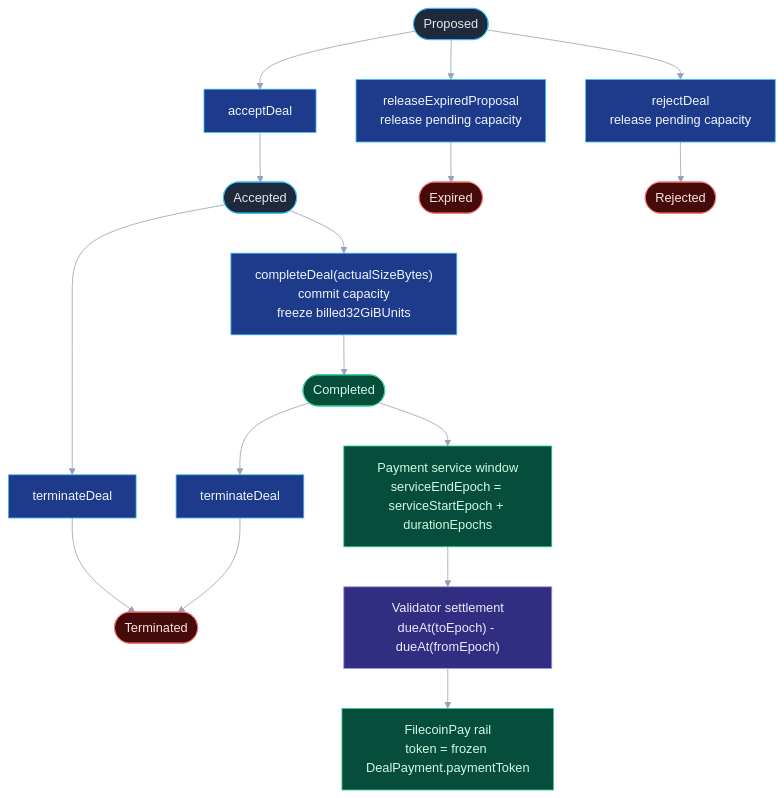
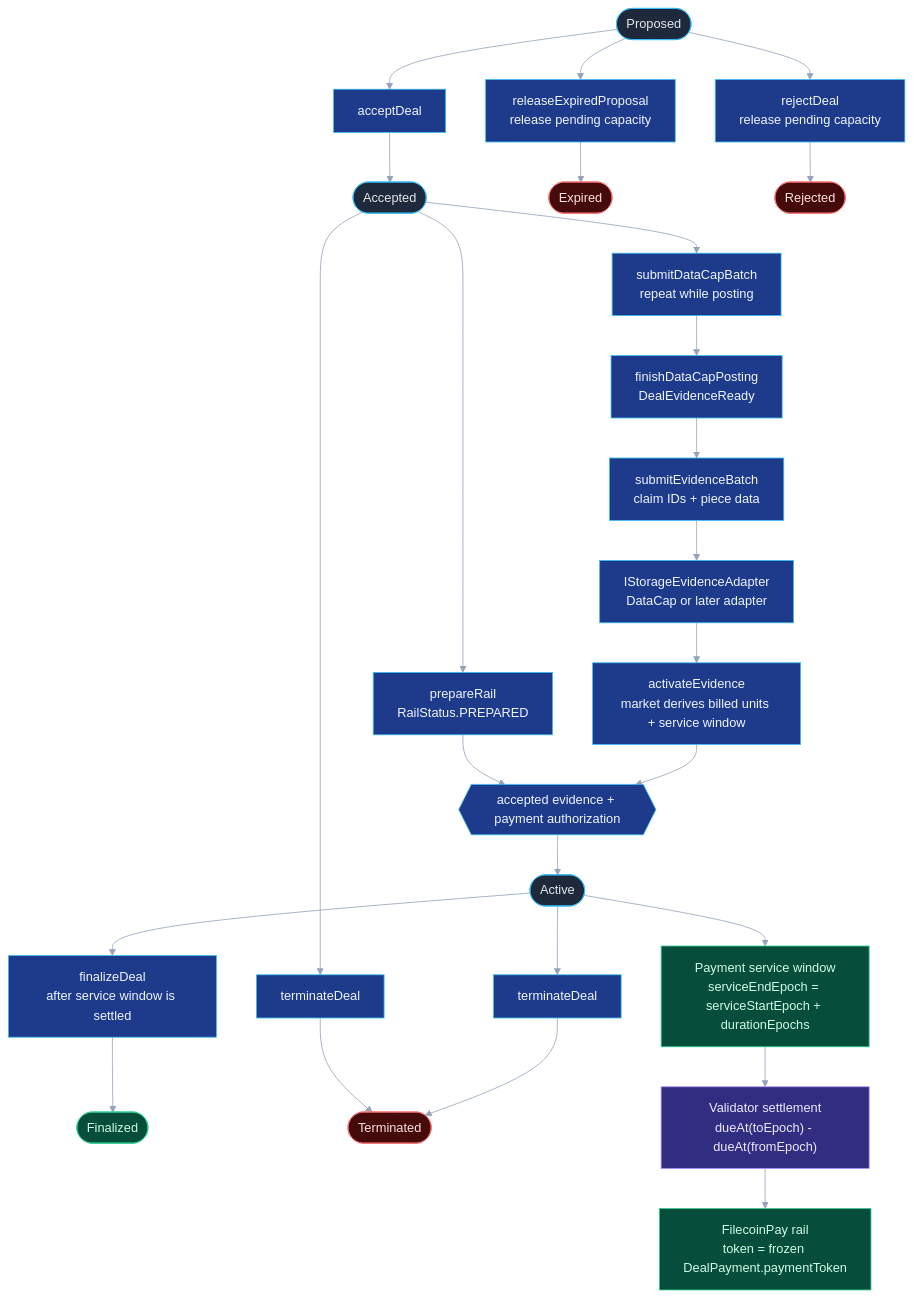
The second of 2 diagrams in docs/specs/porep-v2-architecture-diagrams.md (fidlabs/porep-market), drawn with Mermaid before and after one commit. The commit also changed other lines of this file and 11 other files, not shown here.

````diff
--- a/docs/specs/porep-v2-architecture-diagrams.md
+++ b/docs/specs/porep-v2-architecture-diagrams.md
@@ -46,40 +52,53 @@
 ```mermaid
 %%{init: {"theme": "base", "themeVariables": {"background": "#0f172a", "mainBkg": "#1e293b", "primaryColor": "#1e293b", "primaryTextColor": "#e5e7eb", "primaryBorderColor": "#38bdf8", "lineColor": "#94a3b8", "secondaryColor": "#064e3b", "secondaryTextColor": "#d1fae5", "secondaryBorderColor": "#34d399", "tertiaryColor": "#422006", "tertiaryTextColor": "#ffedd5", "tertiaryBorderColor": "#f59e0b", "clusterBkg": "#111827", "clusterBorder": "#475569", "edgeLabelBackground": "#0f172a", "fontFamily": "ui-monospace, SFMono-Regular, Menlo, Monaco, Consolas, monospace"}}}%%
 flowchart TB
     proposed(["Proposed"])
     acceptAction["acceptDeal"]
     accepted(["Accepted"])
-    completeAction["completeDeal(actualSizeBytes)<br/>commit capacity<br/>freeze billed32GiBUnits"]
-    completed(["Completed"])
+    railPrep["prepareRail<br/>RailStatus.PREPARED"]
+    datacapBatch["submitDataCapBatch<br/>repeat while posting"]
+    datacapReady["finishDataCapPosting<br/>DealEvidenceReady"]
+    evidenceBatch["submitEvidenceBatch<br/>claim IDs + piece data"]
+    adapter["IStorageEvidenceAdapter<br/>DataCap or later adapter"]
+    evidenceAction["activateEvidence<br/>market derives billed units + service window"]
+    activationGate{{"accepted evidence + payment authorization"}}
+    active(["Active"])
+    finalizeAction["finalizeDeal<br/>after service window is settled"]
+    finalized(["Finalized"])
     expireAction["releaseExpiredProposal<br/>release pending capacity"]
     expired(["Expired"])
     rejectAction["rejectDeal<br/>release pending capacity"]
     rejected(["Rejected"])
     terminateFromAccepted["terminateDeal"]
-    terminateFromCompleted["terminateDeal"]
+    terminateFromActive["terminateDeal"]
     terminated(["Terminated"])
 
     proposed --> acceptAction --> accepted
     proposed --> expireAction --> expired
     proposed --> rejectAction --> rejected
 
-    accepted --> completeAction --> completed
+    accepted --> railPrep
+    accepted --> datacapBatch --> datacapReady --> evidenceBatch --> adapter --> evidenceAction
+    railPrep --> activationGate
+    evidenceAction --> activationGate
+    activationGate --> active
     accepted --> terminateFromAccepted --> terminated
-    completed --> terminateFromCompleted --> terminated
+    active --> terminateFromActive --> terminated
+    active --> finalizeAction --> finalized
 
-    completed --> service["Payment service window<br/>serviceEndEpoch = serviceStartEpoch + durationEpochs"]
+    active --> service["Payment service window<br/>serviceEndEpoch = serviceStartEpoch + durationEpochs"]
     service --> validator["Validator settlement<br/>dueAt(toEpoch) - dueAt(fromEpoch)"]
     validator --> filecoinPay["FilecoinPay rail<br/>token = frozen DealPayment.paymentToken"]
 
     classDef state fill:#1e293b,stroke:#38bdf8,color:#e5e7eb
     classDef final fill:#064e3b,stroke:#34d399,color:#d1fae5
     classDef stop fill:#450a0a,stroke:#f87171,color:#fee2e2
     classDef payment fill:#312e81,stroke:#a78bfa,color:#ede9fe
     classDef action fill:#1e3a8a,stroke:#38bdf8,color:#eff6ff
 
-    class proposed,accepted state
-    class completed,service,filecoinPay final
+    class proposed,accepted,active state
+    class finalized,service,filecoinPay final
     class expired,rejected,terminated stop
-    class acceptAction,completeAction,expireAction,rejectAction,terminateFromAccepted,terminateFromCompleted action
+    class acceptAction,railPrep,datacapBatch,datacapReady,evidenceBatch,adapter,evidenceAction,activationGate,finalizeAction,expireAction,rejectAction,terminateFromAccepted,terminateFromActive action
     class validator payment
 ```
````
